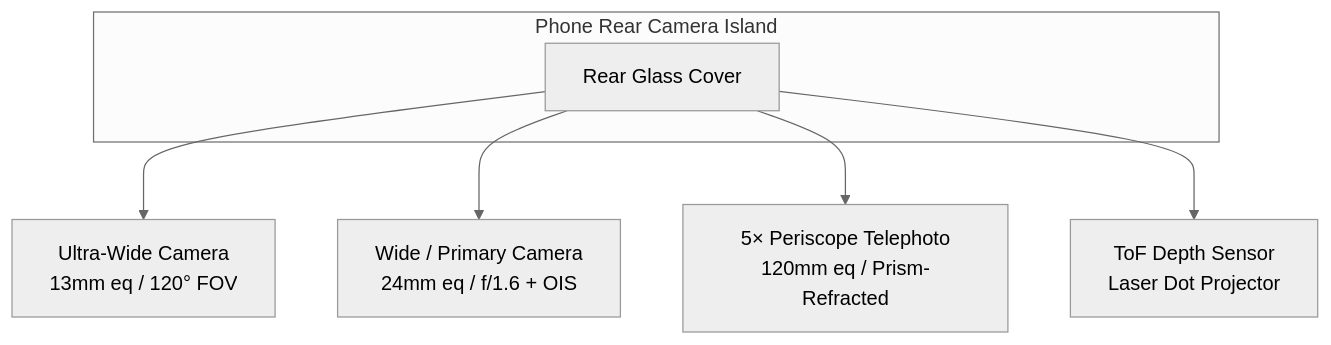
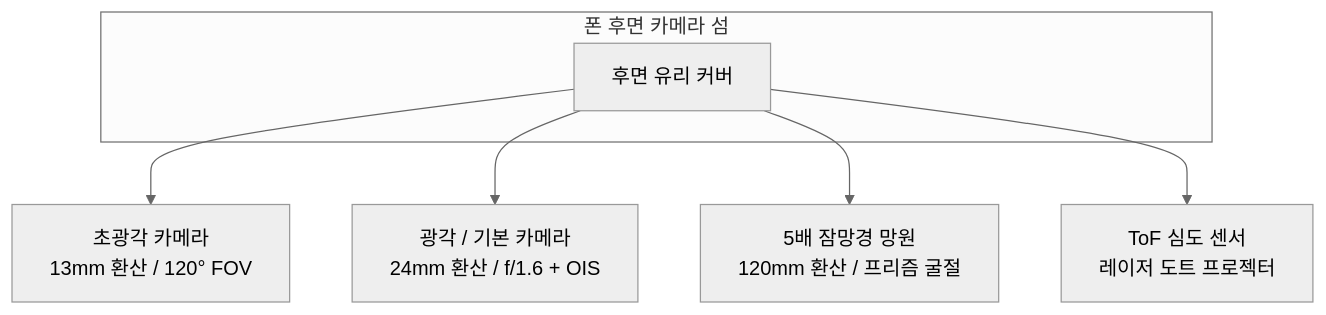
Before and after one commit to zoozooll/AndroidCameraParameters: the fourth of 5 diagrams in website/i18n/ko/docusaurus-plugin-content-docs/current/camera2/understanding-smartphone-cameras.md, drawn with Mermaid (neutral theme). The commit also changed other lines of this file and 378 other files, not shown here.

````diff
--- a/website/i18n/ko/docusaurus-plugin-content-docs/current/camera2/understanding-smartphone-cameras.md
+++ b/website/i18n/ko/docusaurus-plugin-content-docs/current/camera2/understanding-smartphone-cameras.md
@@ -202,10 +202,10 @@
 ```mermaid
 graph TB
-    subgraph "Phone Rear Camera Island"
-        A[Rear Glass Cover]
+    subgraph "폰 후면 카메라 섬"
+        A["후면 유리 커버"]
     end
-    A --> B[Ultra-Wide Camera\n13mm eq / 120° FOV]
-    A --> C[Wide / Primary Camera\n24mm eq / f/1.6 + OIS]
-    A --> D[5× Periscope Telephoto\n120mm eq / Prism-Refracted]
-    A --> E[ToF Depth Sensor\nLaser Dot Projector]
+    A --> B[초광각 카메라<br/>13mm 환산 / 120° FOV]
+    A --> C[광각 / 기본 카메라<br/>24mm 환산 / f/1.6 + OIS]
+    A --> D[5배 잠망경 망원<br/>120mm 환산 / 프리즘 굴절]
+    A --> E[ToF 심도 센서<br/>레이저 도트 프로젝터]
 ```
````
